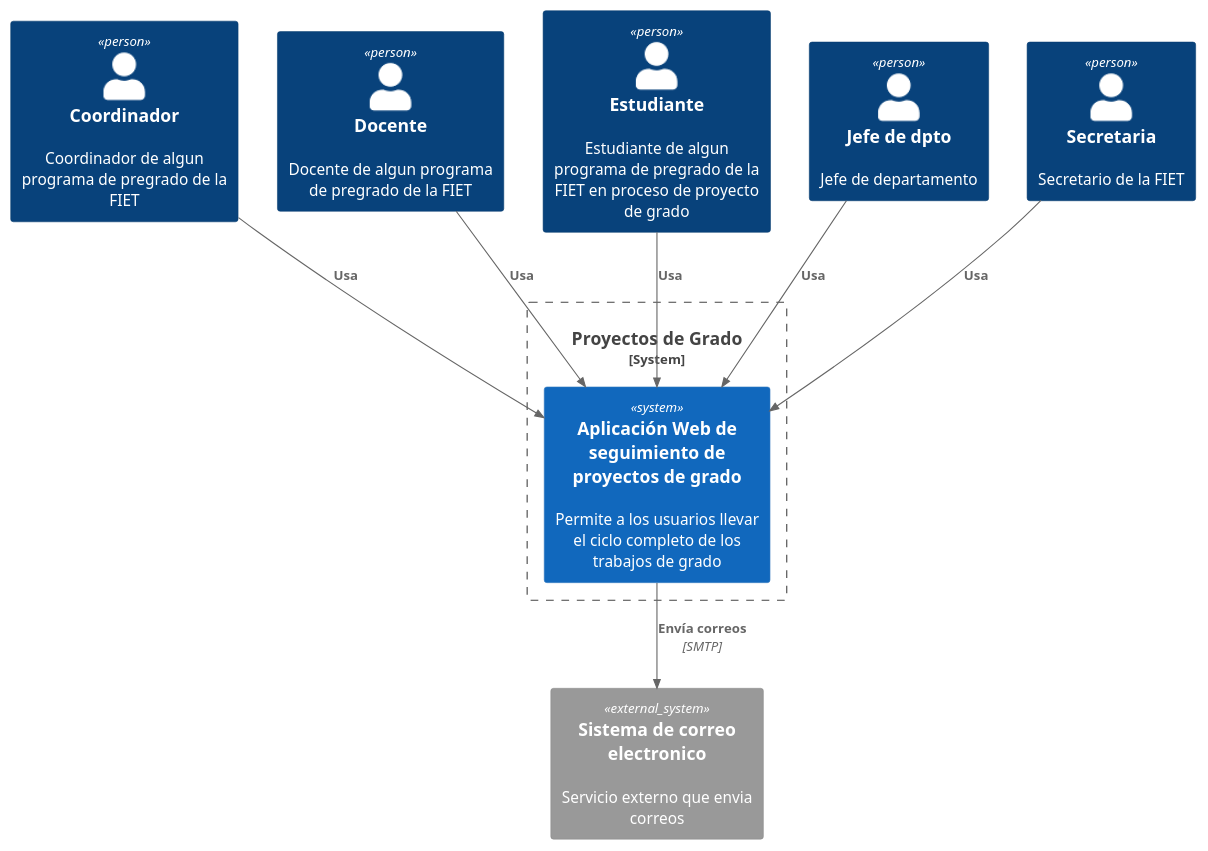
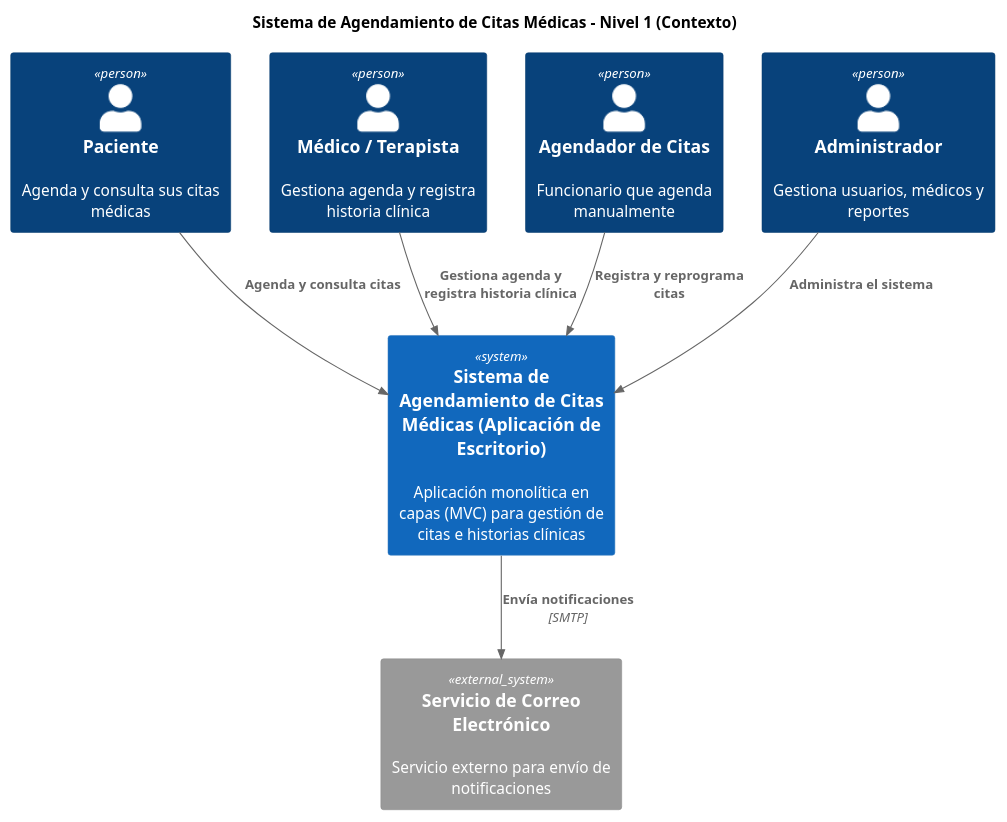
One commit to FernandoMulato/Piedrazul-Medical-Services-Network changed the diagram in mod_app_piedrazul_medical_services_network/dContext.puml. Above: the diagram before and after it, drawn with PlantUML. The commit also changed 5 other files, not shown here.

Commit message:
The first architectural proposal was uploaded

```diff
--- a/mod_app_piedrazul_medical_services_network/dContext.puml
+++ b/mod_app_piedrazul_medical_services_network/dContext.puml
@@ -1,28 +1,25 @@
 @startuml Context
-
 !include https://raw.githubusercontent.com/plantuml-stdlib/C4-PlantUML/master/C4_Context.puml
 
-' =====================================================
-' DIAGRAMA DE CONTEXTO
-' =====================================================
+title Sistema de Agendamiento de Citas Médicas - Nivel 1 (Contexto)
 
-Person(coordinador, "Coordinador", "Coordinador de algun programa de pregrado de la FIET")
-Person(docente, "Docente", "Docente de algun programa de pregrado de la FIET")
-Person(estudiante, "Estudiante", "Estudiante de algun programa de pregrado de la FIET en proceso de proyecto de grado")
-Person(jefe, "Jefe de dpto", "Jefe de departamento")
-Person(secretario, "Secretaria", "Secretario de la FIET")
+Person(paciente, "Paciente", "Agenda y consulta sus citas médicas")
 
-System_Boundary(s1, "Proyectos de Grado") {
-    System(app, "Aplicación Web de seguimiento de proyectos de grado", "Permite a los usuarios llevar el ciclo completo de los trabajos de grado")
-}
+Person(medico, "Médico / Terapista", "Gestiona agenda y registra historia clínica")
 
-System_Ext(email, "Sistema de correo electronico", "Servicio externo que envia correos")
+Person(agendador, "Agendador de Citas", "Funcionario que agenda manualmente")
 
-Rel(coordinador, app, "Usa")
-Rel(docente, app, "Usa")
-Rel(estudiante, app, "Usa")
-Rel(jefe, app, "Usa")
-Rel(secretario, app, "Usa")
-Rel(app, email, "Envía correos", "SMTP")
+Person(admin, "Administrador", "Gestiona usuarios, médicos y reportes")
+
+System(sistema, "Sistema de Agendamiento de Citas Médicas (Aplicación de Escritorio)", "Aplicación monolítica en capas (MVC) para gestión de citas e historias clínicas")
+
+System_Ext(email, "Servicio de Correo Electrónico", "Servicio externo para envío de notificaciones")
+
+Rel(paciente, sistema, "Agenda y consulta citas")
+Rel(medico, sistema, "Gestiona agenda y registra historia clínica")
+Rel(agendador, sistema, "Registra y reprograma citas")
+Rel(admin, sistema, "Administra el sistema")
+
+Rel(sistema, email, "Envía notificaciones", "SMTP")
 
 @enduml
```
